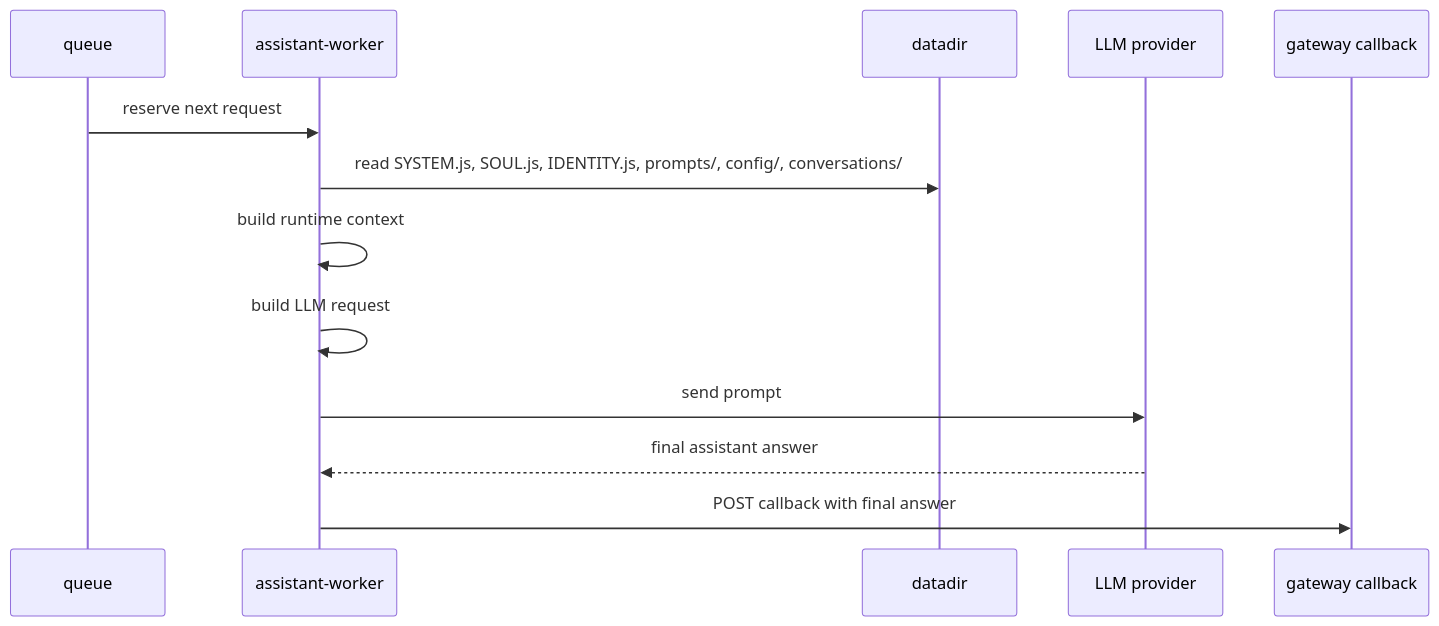
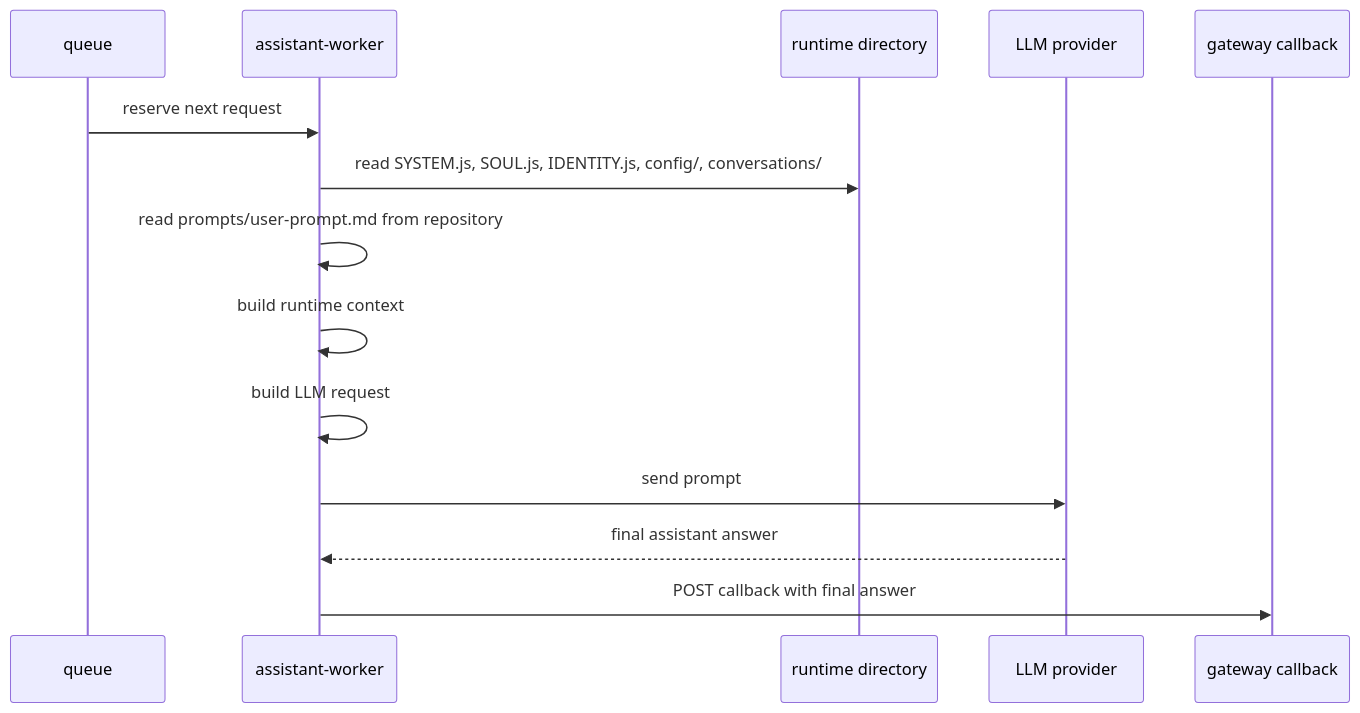
The fifth of 7 diagrams in docs/services/assistant-worker.md (vinitu/my-concierge), drawn with Mermaid before and after one commit. The commit also changed other lines of this file and 59 other files, not shown here.

````diff
--- a/docs/services/assistant-worker.md
+++ b/docs/services/assistant-worker.md
@@ -250,16 +251,17 @@
 ```mermaid
 sequenceDiagram
     participant Queue as queue
     participant Worker as assistant-worker
-    participant Datadir as datadir
+    participant RuntimeDir as runtime directory
     participant LLM as LLM provider
     participant Gateway as gateway callback
 
     Queue->>Worker: reserve next request
-    Worker->>Datadir: read SYSTEM.js, SOUL.js, IDENTITY.js, prompts/, config/, conversations/
+    Worker->>RuntimeDir: read SYSTEM.js, SOUL.js, IDENTITY.js, config/, conversations/
+    Worker->>Worker: read prompts/user-prompt.md from repository
     Worker->>Worker: build runtime context
     Worker->>Worker: build LLM request
     Worker->>LLM: send prompt
     LLM-->>Worker: final assistant answer
     Worker->>Gateway: POST callback with final answer
 ```
````
